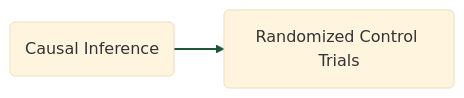
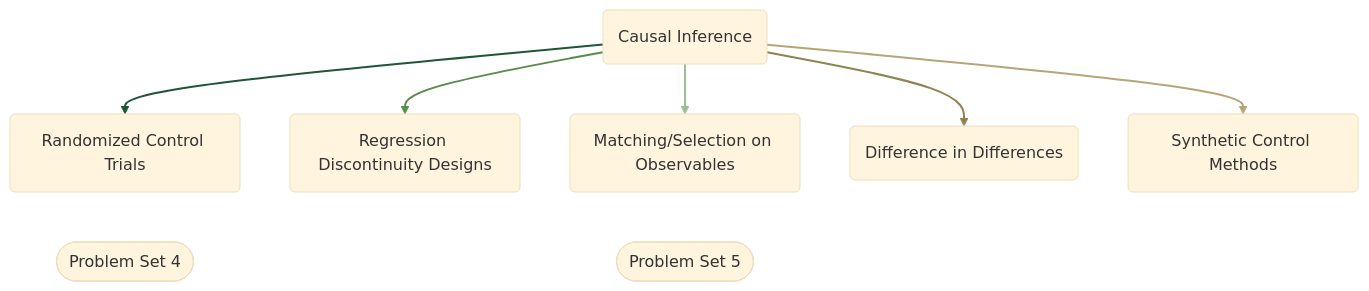
One commit to mtfehl/econometrics2 changed the second of 2 diagrams in index.qmd. Above: the diagram before and after it, drawn with Mermaid (base theme). The commit also changed other lines of this file and 194 other files, not shown here.

````diff
--- a/index.qmd
+++ b/index.qmd
@@ -146,59 +154,40 @@
 ```{mermaid}
 %%| fig-width: 10
-flowchart LR
+flowchart TD
     N1(Causal Inference) --> N2(Randomized Control Trials)
-    
-    
-    
-    %% PS4([Problem Set 4])
-    %% PS5([Problem Set 5])
+    N1 --> N3(Regression Discontinuity Designs)
+    N1 --> N4(Matching/Selection on Observables)
+    N1 --> N5(Difference in Differences)
+    N1 --> N6(Synthetic Control Methods)
+  
+    PS4([Problem Set 4])
+    PS5([Problem Set 5])
 
     %% Invisible link to nudge P near C/D without drawing a line
-    %% N4 ~~~ PS4
-    %% N9 ~~~ PS5
+    N2 ~~~ PS4
+    N4 ~~~ PS5
 
     click N1 "Notes/14causal/causal_intro.html" "Go to Causal Inference Notes"
     click N2 "Notes/15rcts/rcts.html" "Go to RCTs Notes"
-    %%click N3 "Notes/16 rcts/rcts .html" "Go to RCTs Notes"
-    %%click N4 "Notes/17 rcts/rcts .html" "Go to RCTs Notes"
-    %%click N5 "Notes/18 rcts/rcts .html" "Go to RCTs Notes"
-    %%click N6 "Notes/19 rcts/rcts .html" "Go to RCTs Notes"
-    %%click N7 "Notes/20 rcts/rcts .html" "Go to RCTs Notes"
-    %%click N8 "Notes/21 rcts/rcts .html" "Go to RCTs Notes"
-    %%click N9 "Notes/22 RCTs/RCTs .html" "Go to RCTs Notes"
-    %%click N10 "Notes/23 RCTs/RCTs .html" "Go to RCTs Notes"
-    %%click N11 "Notes/24 RCTs/RCTs .html" "Go to RCTs Notes"
-    %%click N12 "Notes/25 RCTs/RCTs .html" "Go to RCTs Notes"
-    %%click N13 "Notes/26 RCTs/RCTs .html" "Go to RCTs Notes"
-    %%click N14 "Notes/27 RCTs/RCTs .html" "Go to RCTs Notes"
-    
-    %% click PS4 "Problem_Sets/PS04/ps04.html" "Go to Problem Set 4"
-    %% click PS5 "Problem_Sets/PS05/ps05.html" "Go to Problem Set 5"
+    click N3 "Notes/16rdds/rdds.html" "Go to RDDs Notes"
+    click N4 "Notes/17selection_matching/selection_matching.html" "Go to Selection/Matching Notes"
+    click N5 "Notes/18dids/dids.html" "Go to RCTs Notes"
+    click N6 "Notes/19scms/scts.html" "Go to RCTs Notes"
 
+    click PS4 "Problem_Sets/PS04/ps04.html" "Go to Problem Set 4"
+    click PS5 "Problem_Sets/PS05/ps05.html" "Go to Problem Set 5"
 
     %% Classes
-    class N1,N2 nav-node
-    %% class PS4,PS5 project-node
+    class N1,N2,N3,N4,N5,N6 nav-node
+    class PS4,PS5 project-node
 
     %% STYLE THE LINES
     linkStyle 0 stroke:#1e5636,stroke-width:2px;
     
-   %% green color palette: #1e5636, #578c49, #99be8f
-   %% brown color palette: #8f8350, #b6a576 (nice forest scheme)
-   %% linkStyle 1 stroke:#9381FF,stroke-width:2px;
-   %% linkStyle 2 stroke:#B8B8FF,stroke-width:2px;
-   %% linkStyle 3 stroke:#B8B8FF,stroke-width:2px;
-   %% linkStyle 4 stroke:#B8B8FF,stroke-width:2px;
-   %% linkStyle 5 stroke:#9381FF,stroke-width:2px;
-   %% linkStyle 6 stroke:#B8B8FF,stroke-width:2px;
-   %% linkStyle 7 stroke:#B8B8FF,stroke-width:2px;
-   %% linkStyle 8 stroke:#A20021,stroke-width:2px;
-   %% linkStyle 9 stroke:#CC183C,stroke-width:2px;
-   %% linkStyle 10 stroke:#F52F57,stroke-width:2px;
-   %% linkStyle 11 stroke:#F52F57,stroke-width:2px;
-   %% linkStyle 12 stroke:#F75C7B,stroke-width:2px;
-   %% linkStyle 13 stroke:#F75C7B,stroke-width:2px;
-   %% linkStyle 14 stroke:#F75C7B,stroke-width:2px;
-   %% linkStyle 15 stroke:#CC183C,stroke-width:2px;
-   %% linkStyle 16 stroke:#F52F57,stroke-width:2px;
+     %% green color palette: #1e5636, #578c49, #99be8f
+     %% brown color palette: #8f8350, #b6a576 (nice forest scheme)
+    linkStyle 1 stroke:#578c49,stroke-width:2px;
+    linkStyle 2 stroke:#99be8f,stroke-width:2px;
+    linkStyle 3 stroke:#8f8350,stroke-width:2px;
+    linkStyle 4 stroke:#b6a576,stroke-width:2px;
 ```
````
